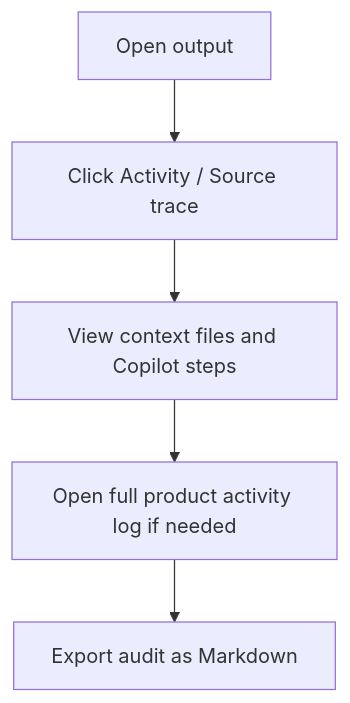
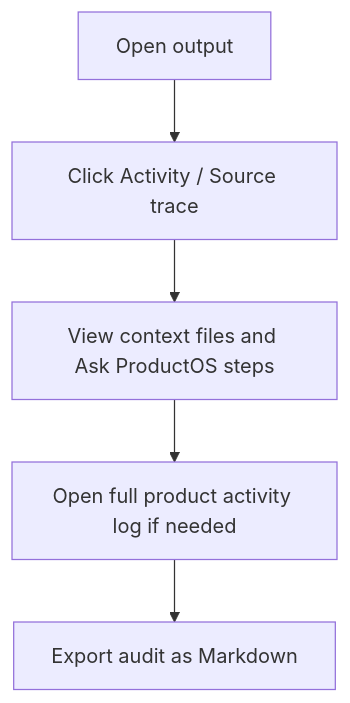
Before and after one commit to AIResearchFactory/productOS: the fifth of 5 diagrams in docs/features/ux/productos-simplified-user-journeys.md, drawn with Mermaid. The commit also changed other lines of this file and 8 other files, not shown here.

Commit message:
refactor: rename Copilot to ProductOS across UX documentation and layout specifications

````diff
--- a/docs/features/ux/productos-simplified-user-journeys.md
+++ b/docs/features/ux/productos-simplified-user-journeys.md
@@ -235,7 +235,7 @@
 ```mermaid
 flowchart TD
   A[Open output] --> B[Click Activity / Source trace]
-  B --> C[View context files and Copilot steps]
+  B --> C[View context files and Ask ProductOS steps]
   C --> D[Open full product activity log if needed]
   D --> E[Export audit as Markdown]
 ```
````
